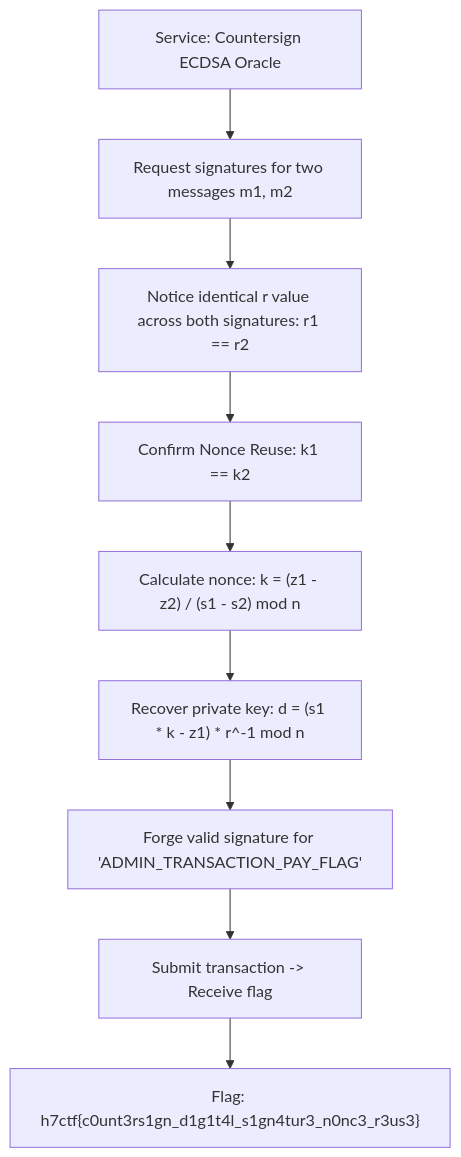
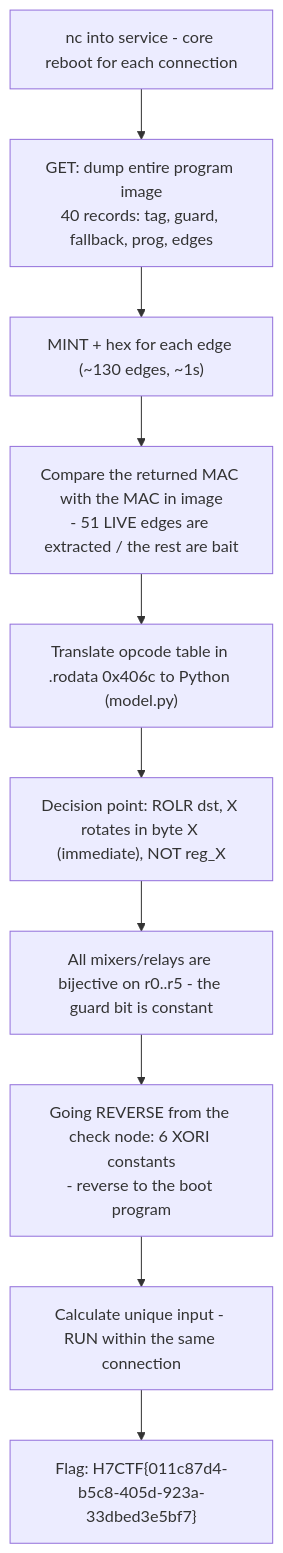
The second of 2 diagrams in _posts/2026-09-27-countersign.md (Lizamort1/ctf-writeups), drawn with Mermaid before and after one commit. The commit also changed other lines of this file and 42 other files, not shown here.

Commit message:
fix: synchronize bilingual writeups and redraw diagrams

````diff
--- a/_posts/2026-09-27-countersign.md
+++ b/_posts/2026-09-27-countersign.md
@@ -95,11 +101,12 @@
 ```mermaid
 flowchart TD
-    A["Service: Countersign ECDSA Oracle"] --> B["Request signatures for two messages m1, m2"]
-    B --> C["Notice identical r value across both signatures: r1 == r2"]
-    C --> D["Confirm Nonce Reuse: k1 == k2"]
-    D --> E["Calculate nonce: k = (z1 - z2) / (s1 - s2) mod n"]
-    E --> F["Recover private key: d = (s1 * k - z1) * r^-1 mod n"]
-    F --> G["Forge valid signature for 'ADMIN_TRANSACTION_PAY_FLAG'"]
-    G --> H["Submit transaction -> Receive flag"]
-    H --> I["Flag: h7ctf{c0unt3rs1gn_d1g1t4l_s1gn4tur3_n0nc3_r3us3}"]
+    A["nc into service - core reboot for each connection"] --> B["GET: dump entire program image<br/>40 records: tag, guard, fallback, prog, edges"]
+    B --> C["MINT + hex for each edge (~130 edges, ~1s)"]
+    C --> D["Compare the returned MAC with the MAC in image<br/>- 51 LIVE edges are extracted / the rest are bait"]
+    D --> E["Translate opcode table in .rodata 0x406c to Python (model.py)"]
+    E --> F["Decision point: ROLR dst, X rotates in byte X (immediate), NOT reg_X"]
+    F --> G["All mixers/relays are bijective on r0..r5 - the guard bit is constant"]
+    G --> H["Going REVERSE from the check node: 6 XORI constants<br/>- reverse to the boot program"]
+    H --> I["Calculate unique input - RUN within the same connection"]
+    I --> J["Flag: H7CTF{011c87d4-b5c8-405d-923a-33dbed3e5bf7}"]
 ```
````
